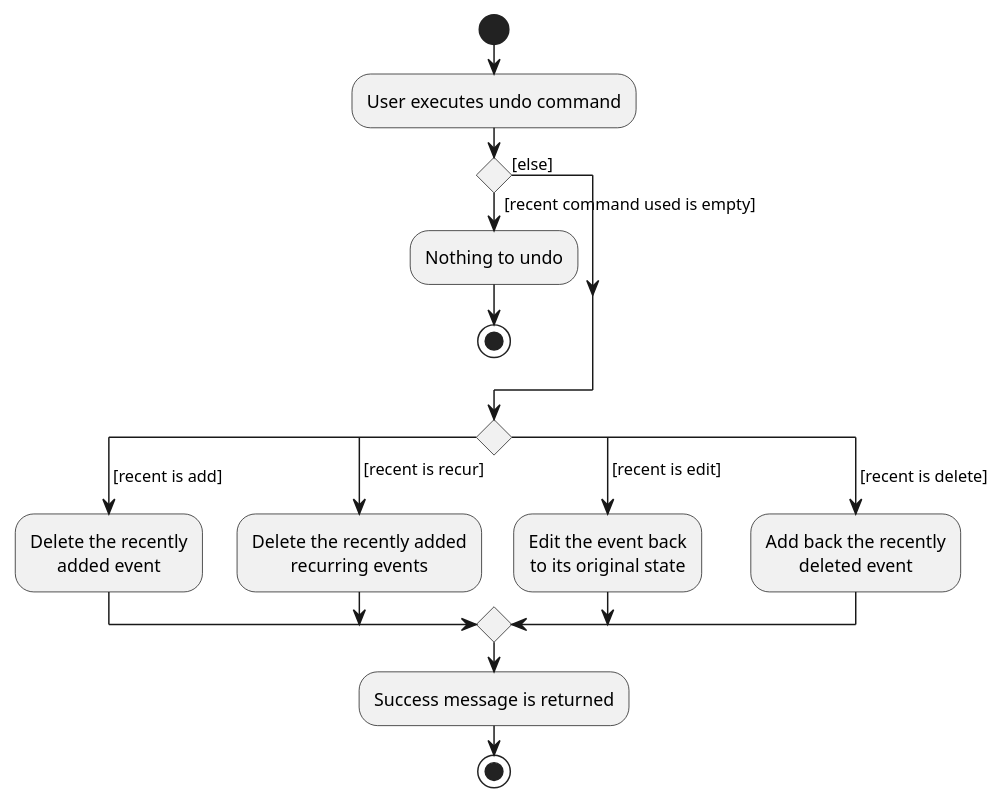
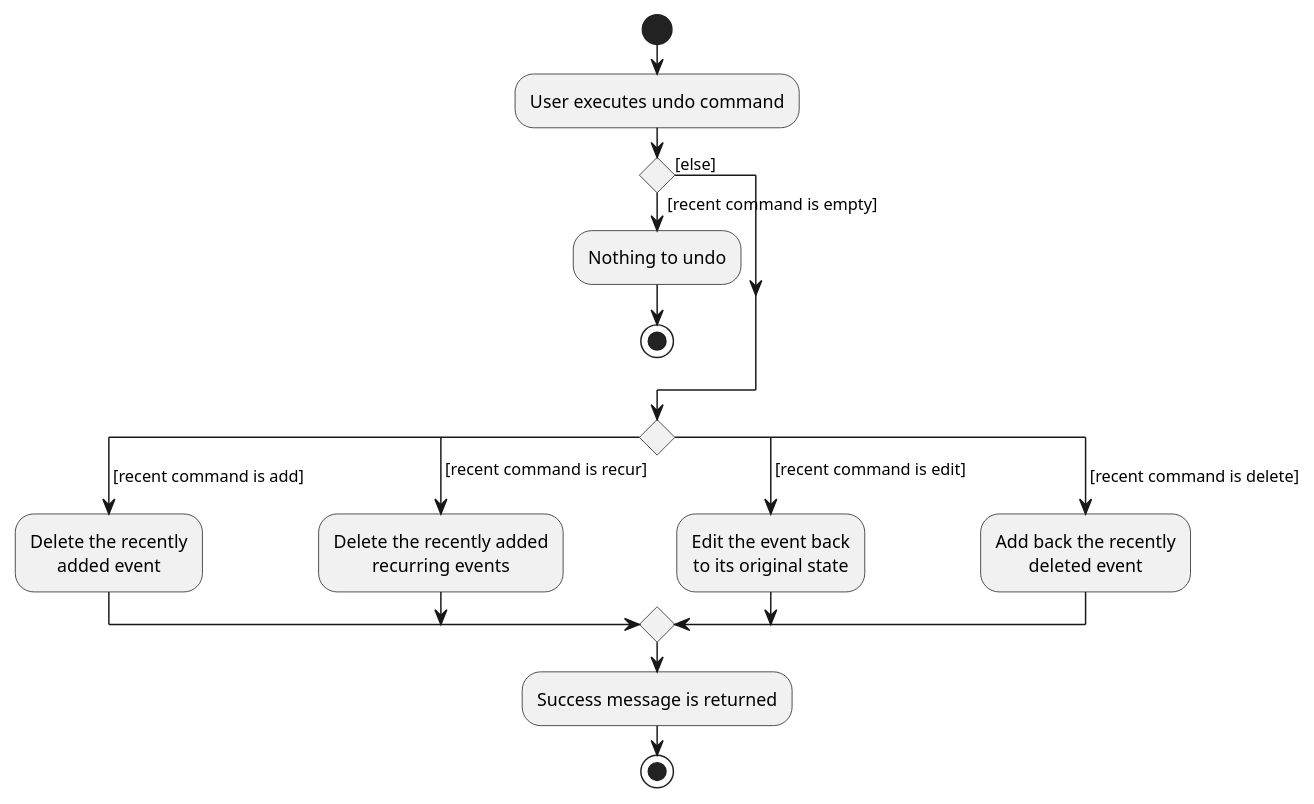
One commit to nus-cs2103-AY2223S2/tp changed the diagram in docs/diagrams/UndoCommandActivityDiagram.puml. Above: the diagram before and after it, drawn with PlantUML. The commit also changed 6 other files, not shown here.

Commit message:
Update Activtiy Diagram

```diff
--- a/docs/diagrams/UndoCommandActivityDiagram.puml
+++ b/docs/diagrams/UndoCommandActivityDiagram.puml
@@ -1,29 +1,29 @@
 @startuml
 skinparam defaultTextAlignment center
 start
 :User executes undo command;
 
 'Since the beta syntax does not support placing the condition outside the
 'diamond we place it as the true branch instead.
-if () then ( [recent command used is empty])
+if () then ( [recent command is empty])
     :Nothing to undo;
     stop;
 else ([else])
 endif
 switch ()
-case ( [recent is add])
+case ( [recent command is add])
     :Delete the recently
     added event;
-case ( [recent is recur])
+case ( [recent command is recur])
     :Delete the recently added
     recurring events;
-case ( [recent is edit])
+case ( [recent command is edit])
     :Edit the event back
     to its original state;
-case ( [recent is delete])
+case ( [recent command is delete])
     :Add back the recently
     deleted event;
 endswitch
 :Success message is returned;
 stop
 @enduml
```
